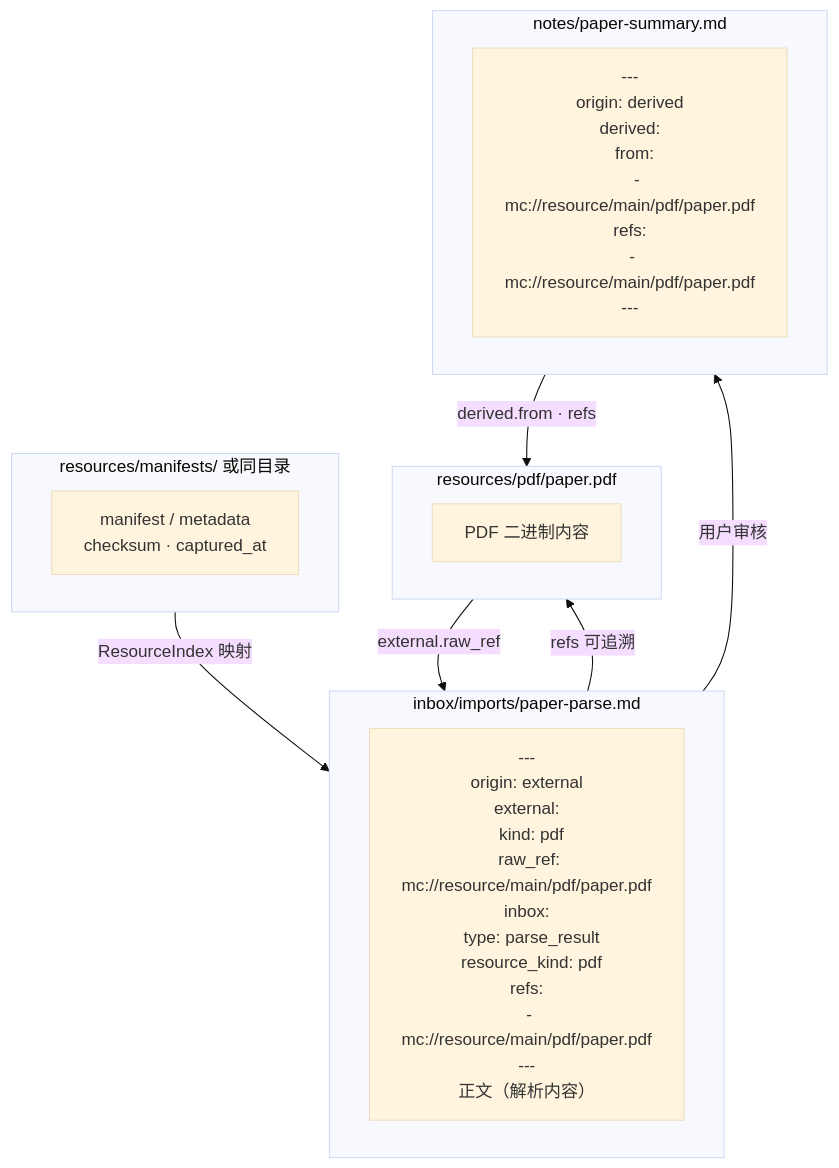
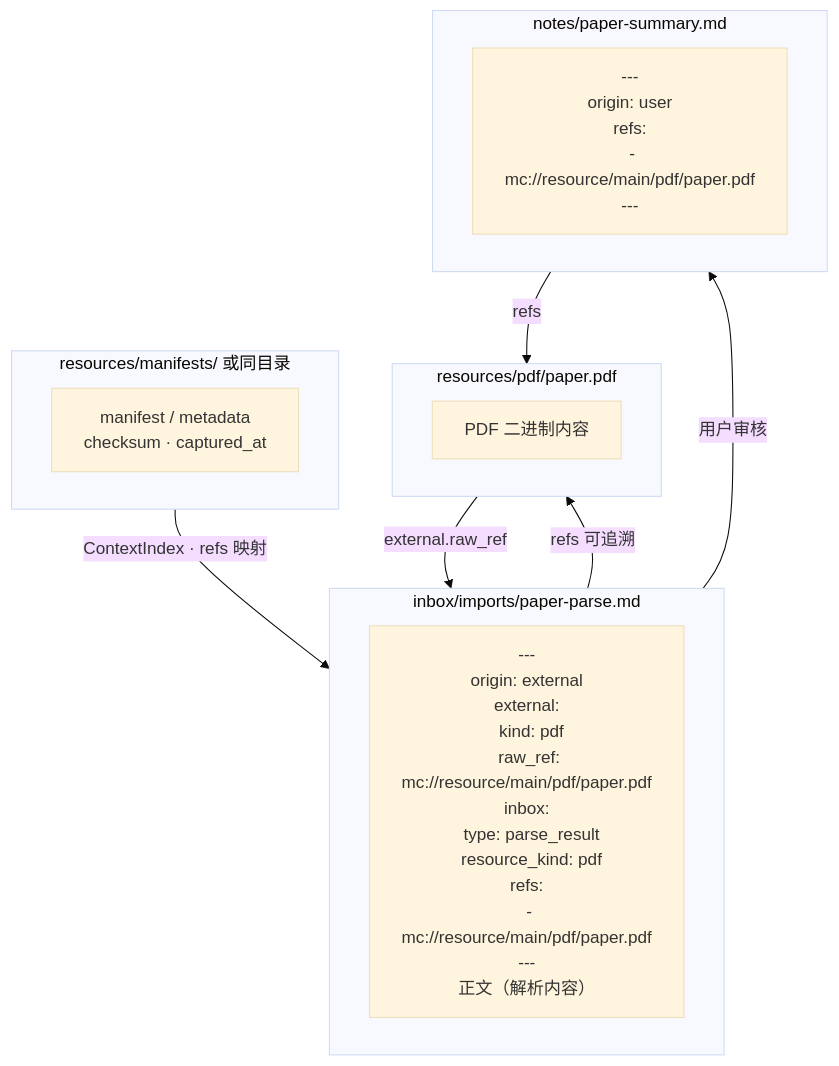
The second of 4 diagrams in docs/architecture/06-storage.md (zhuxining/MindClaw), drawn with Mermaid (base theme) before and after one commit. The commit also changed other lines of this file and 17 other files, not shown here.

Commit message:
Refine architecture docs for vault-backed config

````diff
--- a/docs/architecture/06-storage.md
+++ b/docs/architecture/06-storage.md
@@ -319,24 +325,24 @@
 ```mermaid
 flowchart TD
     subgraph Raw["resources/pdf/paper.pdf"]
         RF["PDF 二进制内容"]
     end
 
     subgraph Manifest["resources/manifests/ 或同目录"]
         MF["manifest / metadata<br/>checksum · captured_at"]
     end
 
     subgraph Inbox["inbox/imports/paper-parse.md"]
         IE["---<br/>origin: external<br/>external:<br/>  kind: pdf<br/>  raw_ref: mc://resource/main/pdf/paper.pdf<br/>inbox:<br/>  type: parse_result<br/>  resource_kind: pdf<br/>refs:<br/>  - mc://resource/main/pdf/paper.pdf<br/>---<br/>正文（解析内容）"]
     end
 
     subgraph Knowledge["notes/paper-summary.md"]
-        K["---<br/>origin: derived<br/>derived:<br/>  from:<br/>    - mc://resource/main/pdf/paper.pdf<br/>refs:<br/>  - mc://resource/main/pdf/paper.pdf<br/>---"]
+        K["---<br/>origin: user<br/>refs:<br/>  - mc://resource/main/pdf/paper.pdf<br/>---"]
     end
 
     Raw -->|"external.raw_ref"| Inbox
-    Manifest -->|"ResourceIndex 映射"| Inbox
+    Manifest -->|"ContextIndex · refs 映射"| Inbox
     Inbox -->|"refs 可追溯"| Raw
     Inbox -->|"用户审核"| Knowledge
-    Knowledge -->|"derived.from · refs"| Raw
+    Knowledge -->|"refs"| Raw
 ```
````
